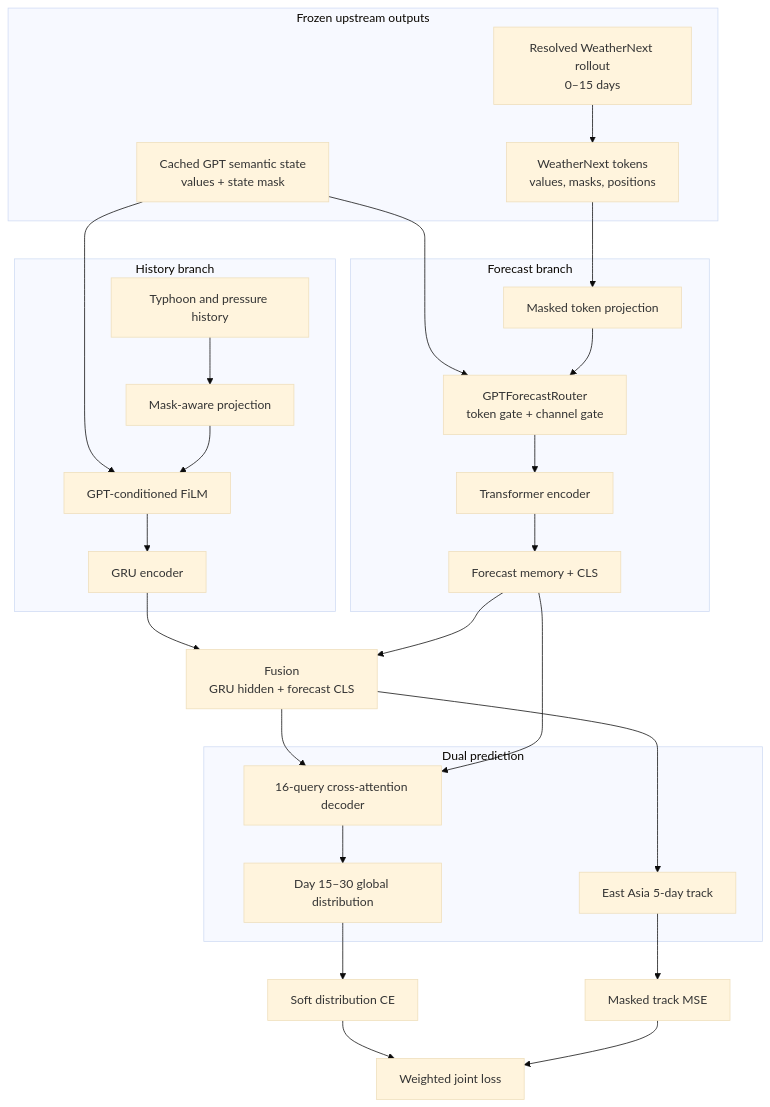
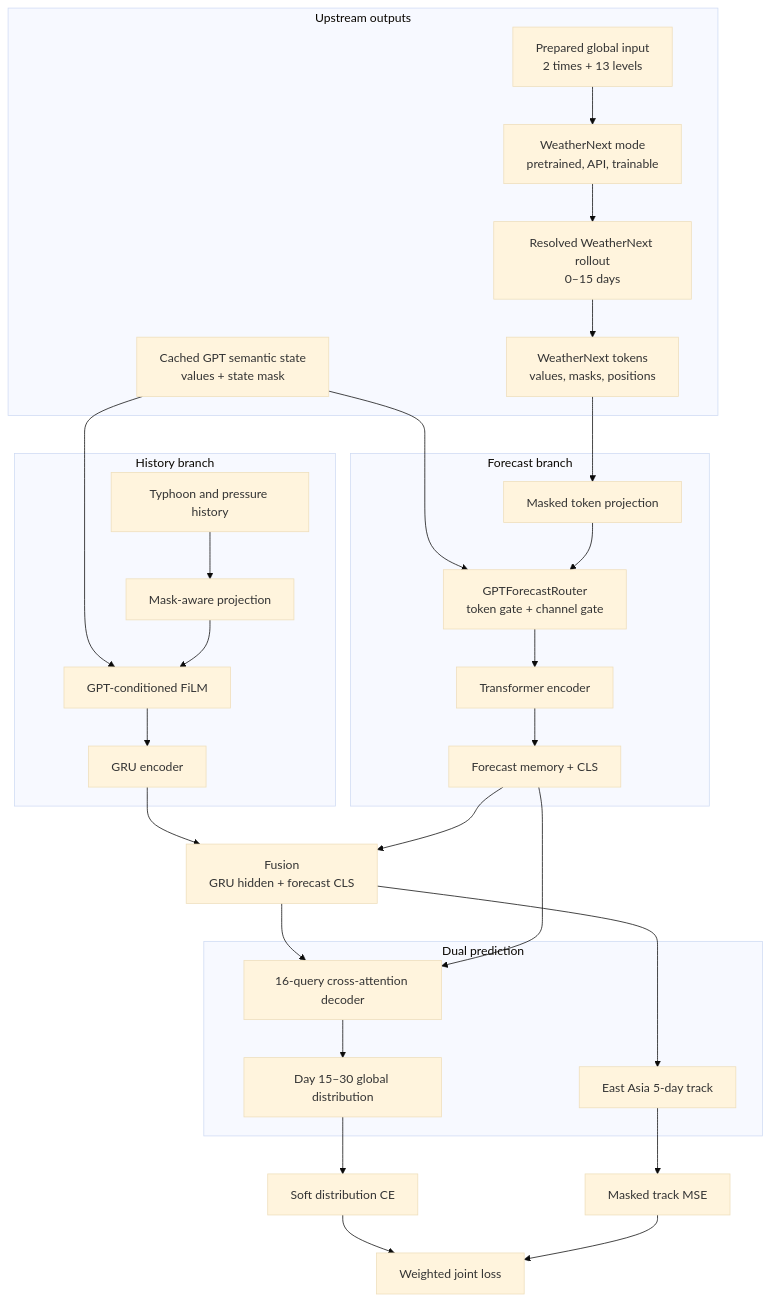
Before and after one commit to nayehyeon61-glitch/typnonn_preesure_data_loader: the diagram in struct-picture/README.md, drawn with Mermaid (base theme). The commit also changed other lines of this file and 20 other files, not shown here.

Commit message:
Add batched WeatherNext preparation modes

````diff
--- a/struct-picture/README.md
+++ b/struct-picture/README.md
@@ -18,58 +18,62 @@
 ```mermaid
 flowchart TB
-    subgraph UPSTREAM["Frozen upstream outputs"]
+    subgraph UPSTREAM["Upstream outputs"]
+        INPUT["Prepared global input<br/>2 times + 13 levels"]
+        MODE["WeatherNext mode<br/>pretrained, API, trainable"]
         WN["Resolved WeatherNext rollout<br/>0–15 days"]
         TOK["WeatherNext tokens<br/>values, masks, positions"]
         GPT["Cached GPT semantic state<br/>values + state mask"]
     end
 
+    INPUT --> MODE
+    MODE --> WN
     WN --> TOK
 
     subgraph HISTORY["History branch"]
         HIST["Typhoon and pressure history"]
         HPROJ["Mask-aware projection"]
         FILM["GPT-conditioned FiLM"]
         GRU["GRU encoder"]
     end
 
     HIST --> HPROJ
     GPT --> FILM
     HPROJ --> FILM
     FILM --> GRU
 
     subgraph FORECAST["Forecast branch"]
         FPROJ["Masked token projection"]
         ROUTER["GPTForecastRouter<br/>token gate + channel gate"]
         TF["Transformer encoder"]
         MEM["Forecast memory + CLS"]
     end
 
     TOK --> FPROJ
     GPT --> ROUTER
     FPROJ --> ROUTER
     ROUTER --> TF
     TF --> MEM
 
     FUS["Fusion<br/>GRU hidden + forecast CLS"]
     GRU --> FUS
     MEM --> FUS
 
     subgraph PRED["Dual prediction"]
         DEC["16-query cross-attention decoder"]
         DIST["Day 15–30 global distribution"]
         TRACK["East Asia 5-day track"]
     end
 
     FUS --> DEC
     MEM --> DEC
     DEC --> DIST
     FUS --> TRACK
 
     CE["Soft distribution CE"]
     MSE["Masked track MSE"]
     TOTAL["Weighted joint loss"]
     DIST --> CE
     TRACK --> MSE
     CE --> TOTAL
     MSE --> TOTAL
 ```
````
